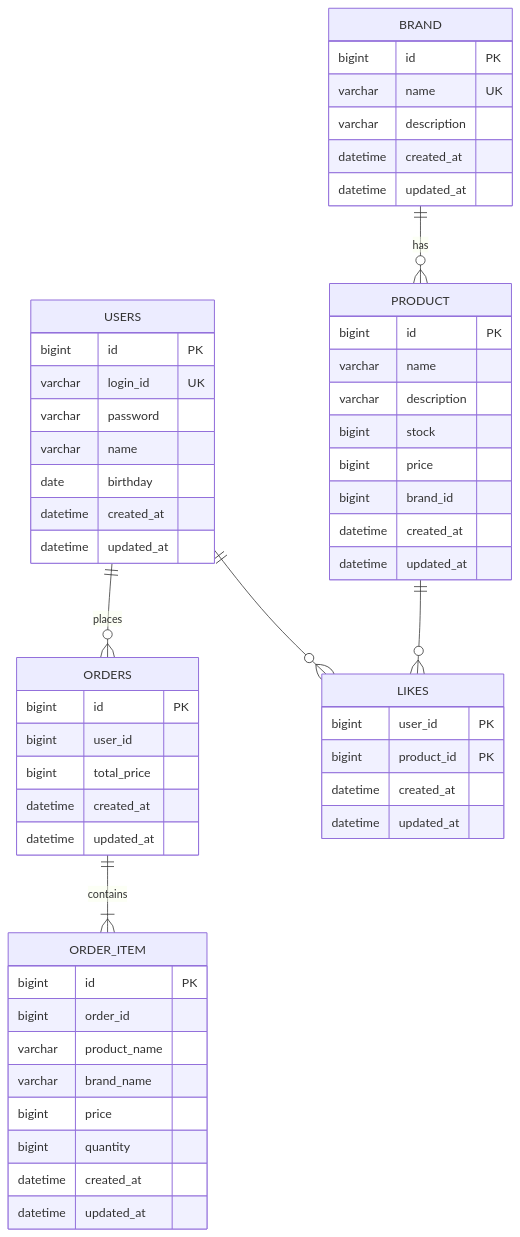
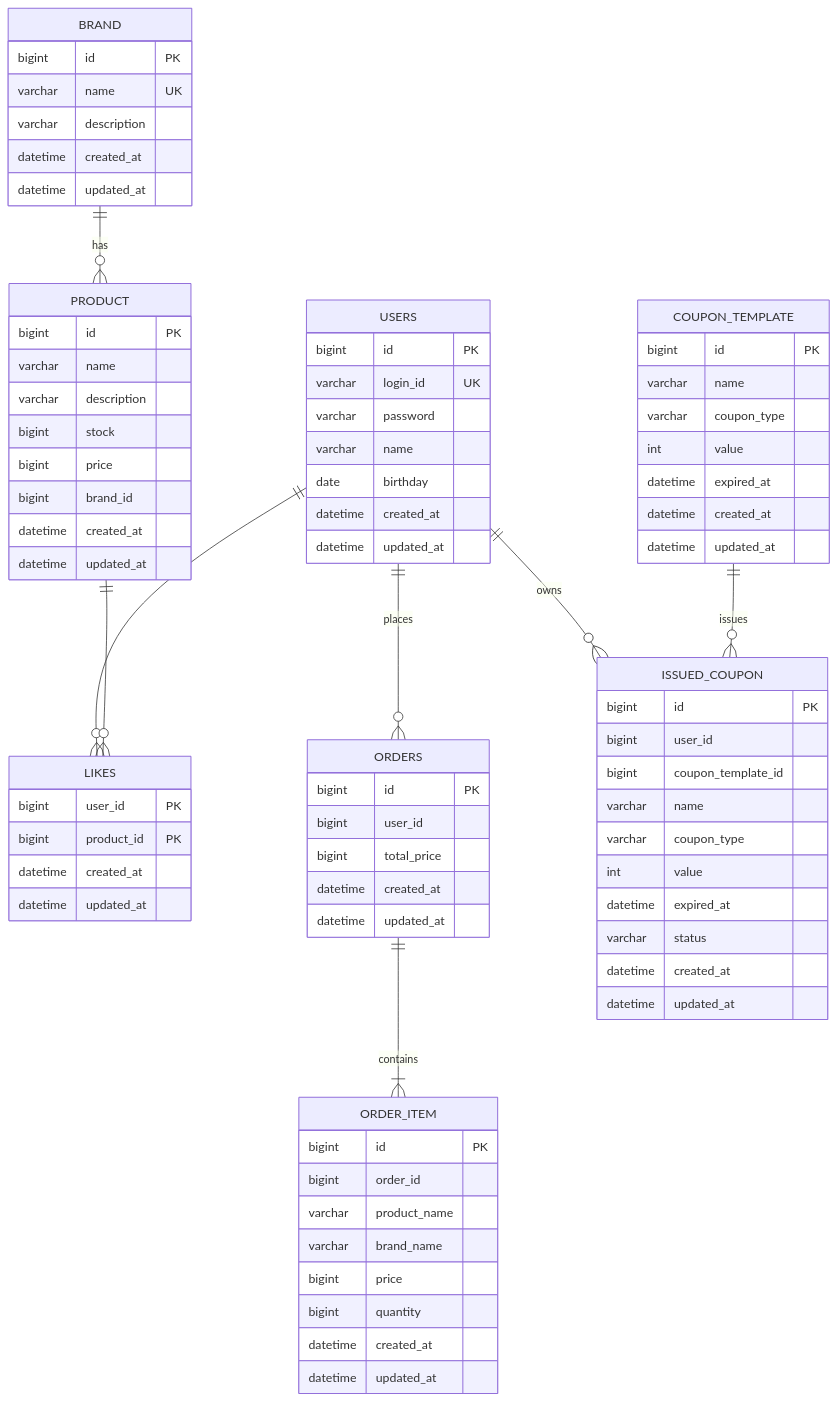
Before and after one commit to seonminKim1122/loop-pack-be-l2-vol3-java: the diagram in .docs/design/04-erd.md, drawn with Mermaid. The commit also changed 3 other files, not shown here.

Commit message:
feat: 쿠폰 도메인 모델 추가 (CouponTemplate) 및 ERD 업데이트

```diff
--- a/.docs/design/04-erd.md
+++ b/.docs/design/04-erd.md
@@ -62,7 +62,32 @@
         datetime updated_at
     }
 
+    COUPON_TEMPLATE {
+        bigint id PK
+        varchar name
+        varchar coupon_type
+        int value
+        datetime expired_at
+        datetime created_at
+        datetime updated_at
+    }
+
+    ISSUED_COUPON {
+        bigint id PK
+        bigint user_id
+        bigint coupon_template_id
+        varchar name
+        varchar coupon_type
+        int value
+        datetime expired_at
+        varchar status
+        datetime created_at
+        datetime updated_at
+    }
+
     USERS ||--o{ ORDERS : "places"
+    USERS ||--o{ ISSUED_COUPON : "owns"
+    COUPON_TEMPLATE ||--o{ ISSUED_COUPON : "issues"
     USERS ||--o{ LIKES : ""
     ORDERS ||--|{ ORDER_ITEM : "contains"
     PRODUCT ||--o{ LIKES : ""
```
